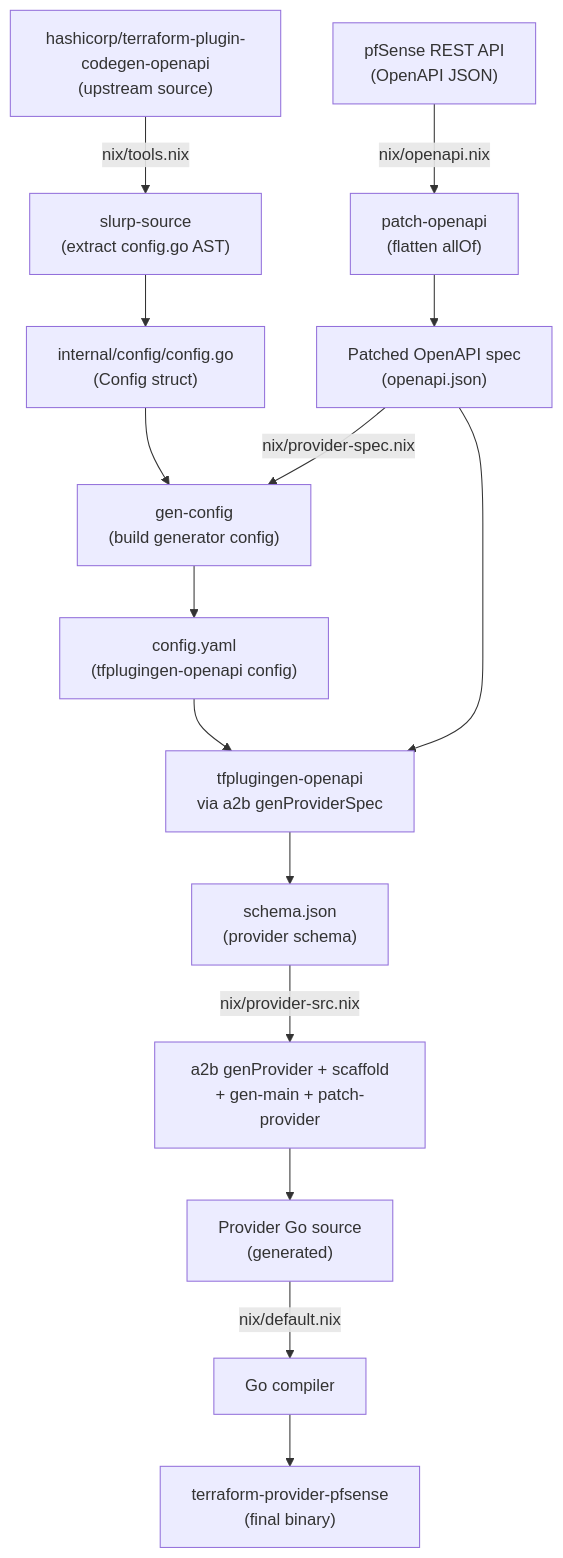
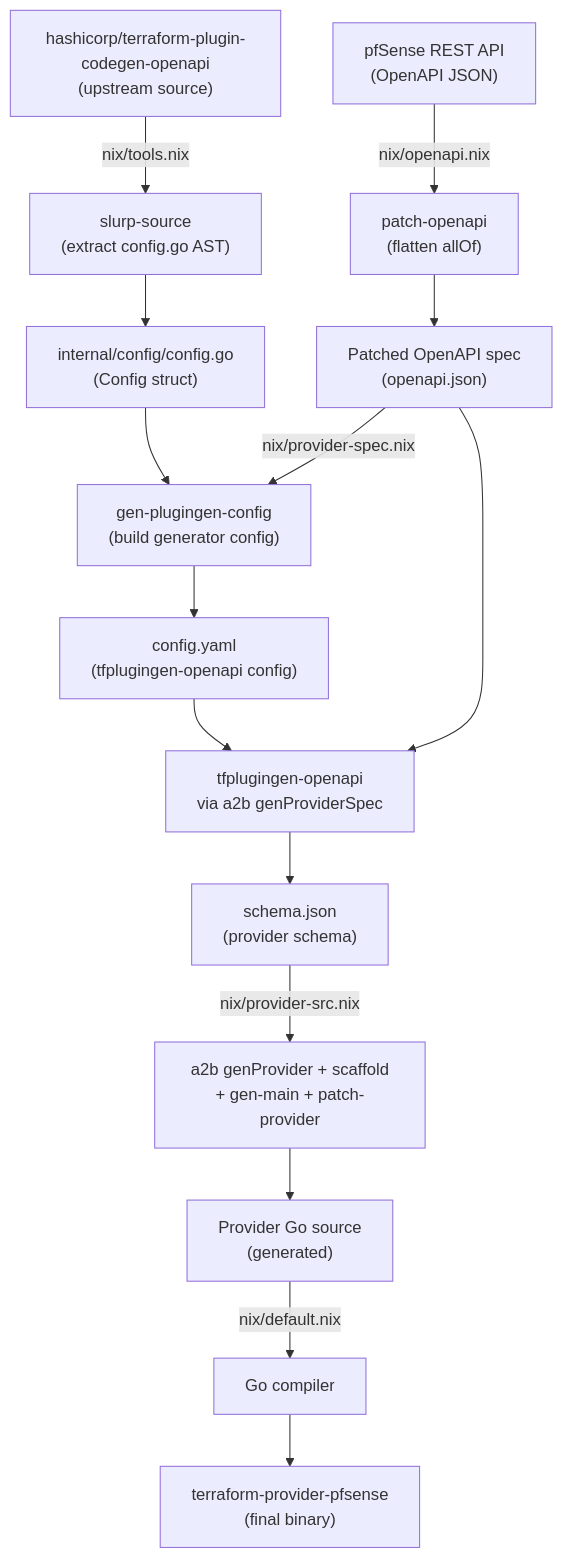
One commit to UnstoppableMango/terraform-provider-pfsense changed the diagram in README.md. Above: the diagram before and after it, drawn with Mermaid. The commit also changed other lines of this file and 7 other files, not shown here.

First line of the commit message:
refactor: Rename `gen-config` to `gen-plugingen-config`

````diff
--- a/README.md
+++ b/README.md
@@ -17,32 +17,32 @@
 ```mermaid
 flowchart TD
     A["pfSense REST API\n(OpenAPI JSON)"]
     B["patch-openapi\n(flatten allOf)"]
     C["Patched OpenAPI spec\n(openapi.json)"]
-    D["gen-config\n(build generator config)"]
+    D["gen-plugingen-config\n(build generator config)"]
     E["config.yaml\n(tfplugingen-openapi config)"]
     F["tfplugingen-openapi\nvia a2b genProviderSpec"]
     G["schema.json\n(provider schema)"]
     H["a2b genProvider + scaffold\n+ gen-main + patch-provider"]
     I["Provider Go source\n(generated)"]
     J["slurp-source\n(extract config.go AST)"]
     K["hashicorp/terraform-plugin-codegen-openapi\n(upstream source)"]
     L["internal/config/config.go\n(Config struct)"]
     M["Go compiler"]
     N["terraform-provider-pfsense\n(final binary)"]
 
     K -->|"nix/tools.nix"| J
     J --> L
     L --> D
     A -->|"nix/openapi.nix"| B
     B --> C
     C -->|"nix/provider-spec.nix"| D
     D --> E
     E --> F
     C --> F
     F --> G
     G -->|"nix/provider-src.nix"| H
     H --> I
     I -->|"nix/default.nix"| M
     M --> N
 ```
````
